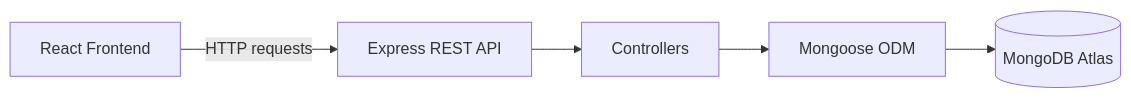
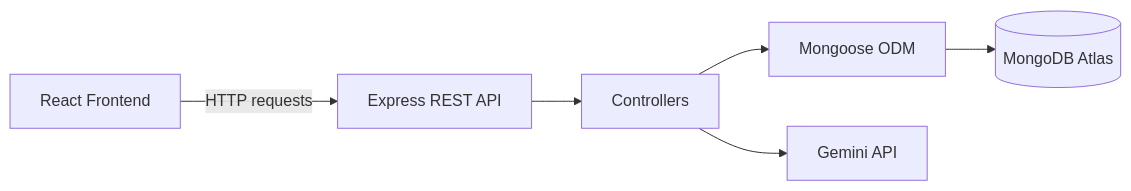
Before and after one commit to Srinivas-KR-Dev/ecommerce-backend-mongodb: the diagram in README.md, drawn with Mermaid. The commit also changed other lines of this file, not shown here.

````diff
--- a/README.md
+++ b/README.md
@@ -155,7 +171,8 @@
 ```mermaid
 flowchart LR
     A[React Frontend] -->|HTTP requests| B[Express REST API]
     B --> C[Controllers]
     C --> D[Mongoose ODM]
     D --> E[(MongoDB Atlas)]
+    C --> F[Gemini API]
 ```
````
